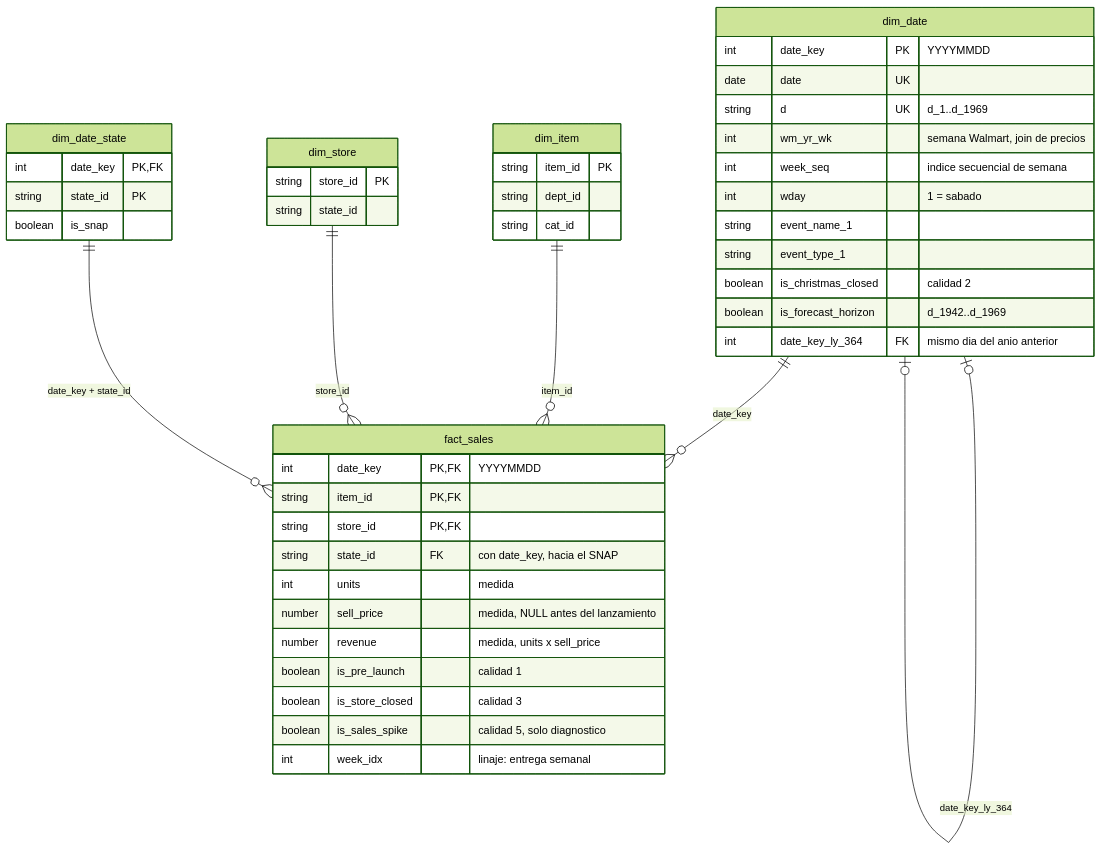
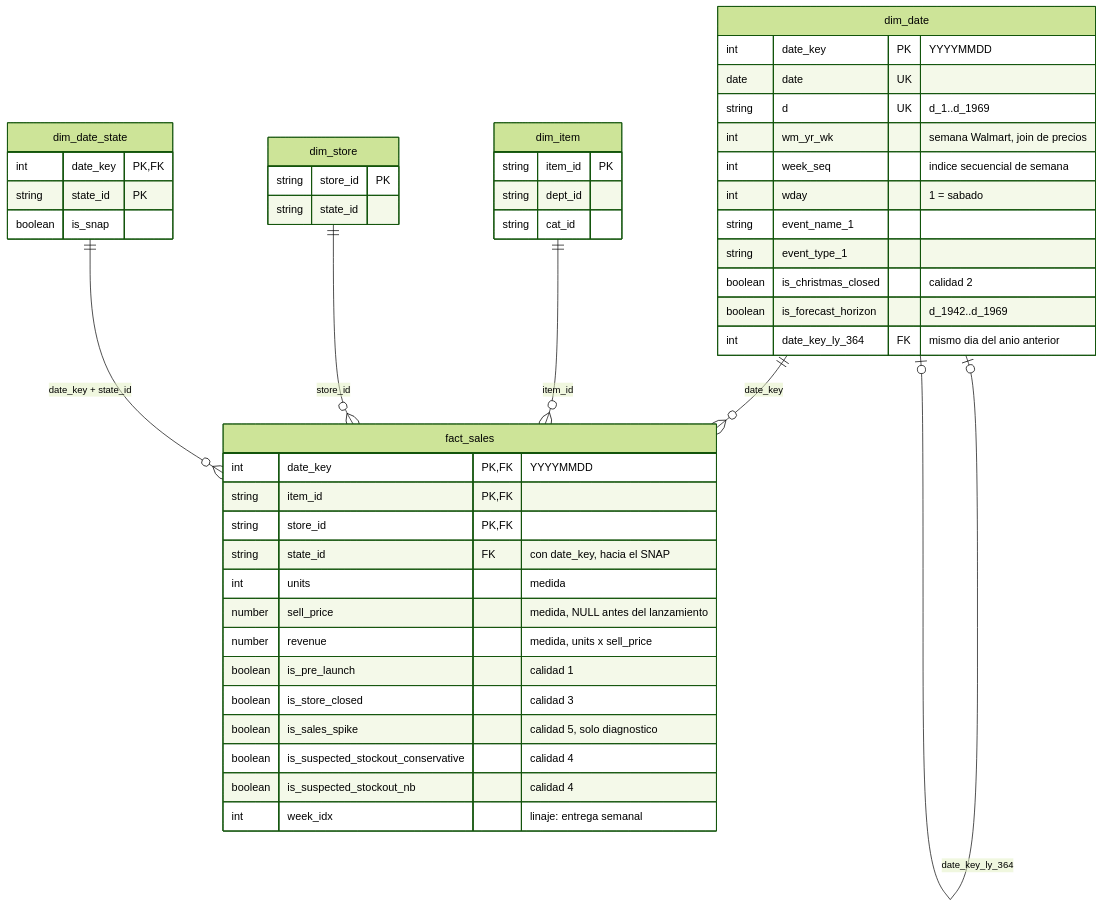
Before and after one commit to rosvjames/M5_forecast_pipeline: the diagram in README.md, drawn with Mermaid (forest theme). The commit also changed other lines of this file and 8 other files, not shown here.

````diff
--- a/README.md
+++ b/README.md
@@ -28,49 +28,51 @@
 ```mermaid
 erDiagram
     dim_date       ||--o{ fact_sales     : "date_key"
     dim_item       ||--o{ fact_sales     : "item_id"
     dim_store      ||--o{ fact_sales     : "store_id"
     dim_date_state ||--o{ fact_sales     : "date_key + state_id"
     dim_date       |o--o| dim_date       : "date_key_ly_364"
 
     fact_sales {
         int date_key PK,FK "YYYYMMDD"
         string item_id PK,FK
         string store_id PK,FK
         string state_id FK "con date_key, hacia el SNAP"
         int units "medida"
         number sell_price "medida, NULL antes del lanzamiento"
         number revenue "medida, units x sell_price"
         boolean is_pre_launch "calidad 1"
         boolean is_store_closed "calidad 3"
         boolean is_sales_spike "calidad 5, solo diagnostico"
+        boolean is_suspected_stockout_conservative "calidad 4"
+        boolean is_suspected_stockout_nb "calidad 4"
         int week_idx "linaje: entrega semanal"
     }
     dim_date {
         int date_key PK "YYYYMMDD"
         date date UK
         string d UK "d_1..d_1969"
         int wm_yr_wk "semana Walmart, join de precios"
         int week_seq "indice secuencial de semana"
         int wday "1 = sabado"
         string event_name_1
         string event_type_1
         boolean is_christmas_closed "calidad 2"
         boolean is_forecast_horizon "d_1942..d_1969"
         int date_key_ly_364 FK "mismo dia del anio anterior"
     }
     dim_item {
         string item_id PK
         string dept_id
         string cat_id
     }
     dim_store {
         string store_id PK
         string state_id
     }
     dim_date_state {
         int date_key PK,FK
         string state_id PK
         boolean is_snap
     }
 ```
````
